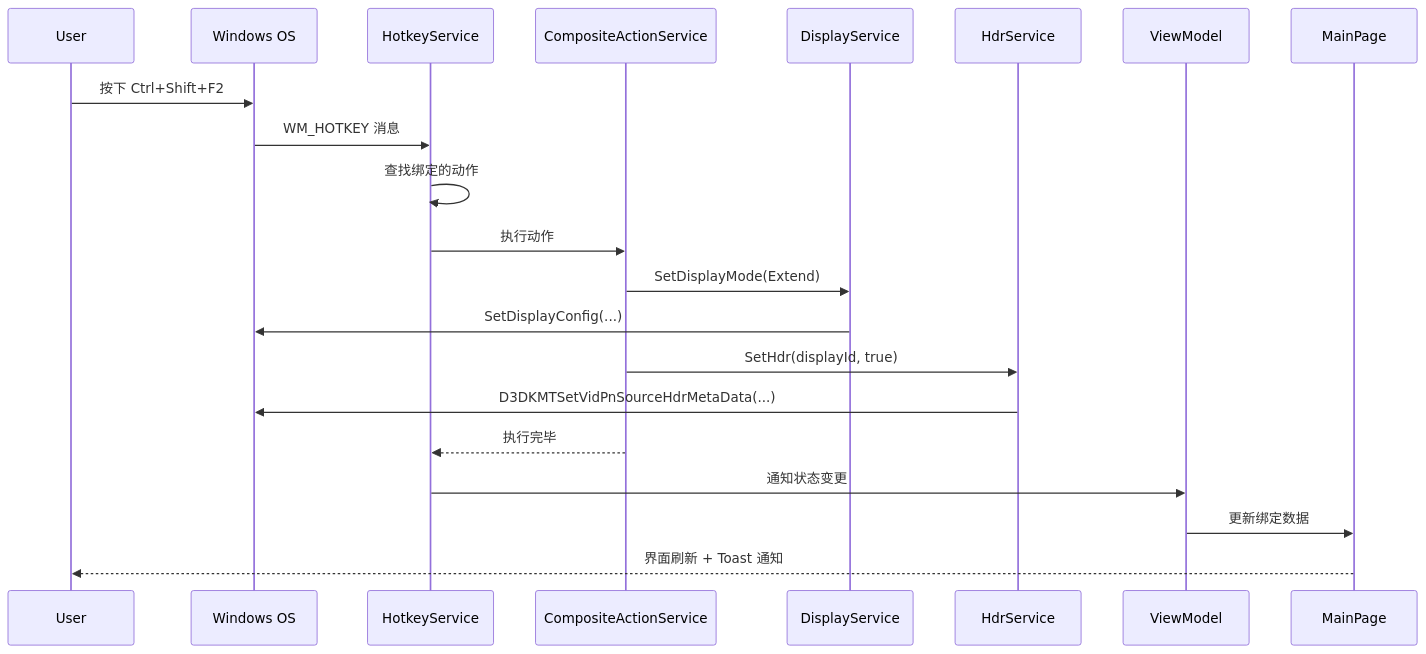
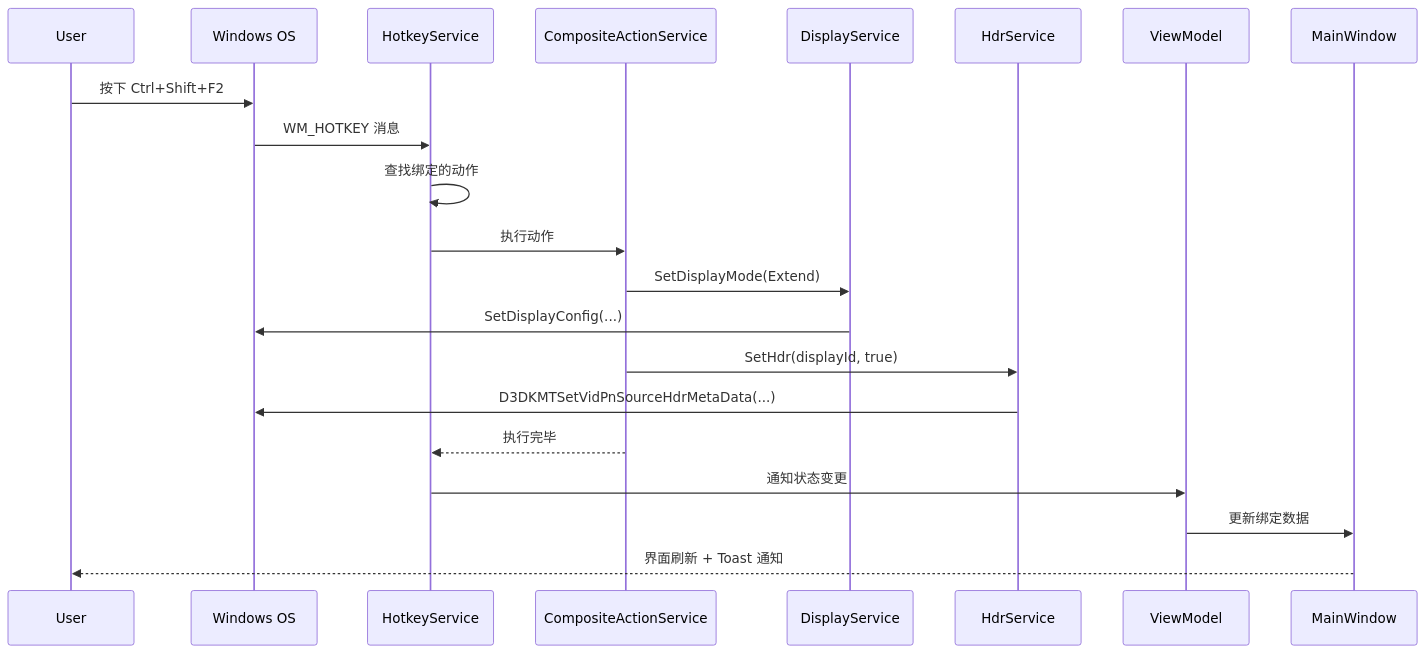
The second of 2 diagrams in 实现方案.md (qiuhaotc/ScreenManagement), drawn with Mermaid before and after one commit. The commit also changed other lines of this file and 62 other files, not shown here.

````diff
--- a/实现方案.md
+++ b/实现方案.md
@@ -84,24 +86,24 @@
 ```mermaid
 sequenceDiagram
     participant User
     participant OS as Windows OS
     participant HotkeySvc as HotkeyService
     participant CompositeSvc as CompositeActionService
     participant DisplaySvc as DisplayService
     participant HdrSvc as HdrService
     participant VM as ViewModel
-    participant UI as MainPage
+    participant UI as MainWindow
 
     User->>OS: 按下 Ctrl+Shift+F2
     OS->>HotkeySvc: WM_HOTKEY 消息
     HotkeySvc->>HotkeySvc: 查找绑定的动作
     HotkeySvc->>CompositeSvc: 执行动作
     CompositeSvc->>DisplaySvc: SetDisplayMode(Extend)
     DisplaySvc->>OS: SetDisplayConfig(...)
     CompositeSvc->>HdrSvc: SetHdr(displayId, true)
     HdrSvc->>OS: D3DKMTSetVidPnSourceHdrMetaData(...)
     CompositeSvc-->>HotkeySvc: 执行完毕
     HotkeySvc->>VM: 通知状态变更
     VM->>UI: 更新绑定数据
     UI-->>User: 界面刷新 + Toast 通知
 ```
````
